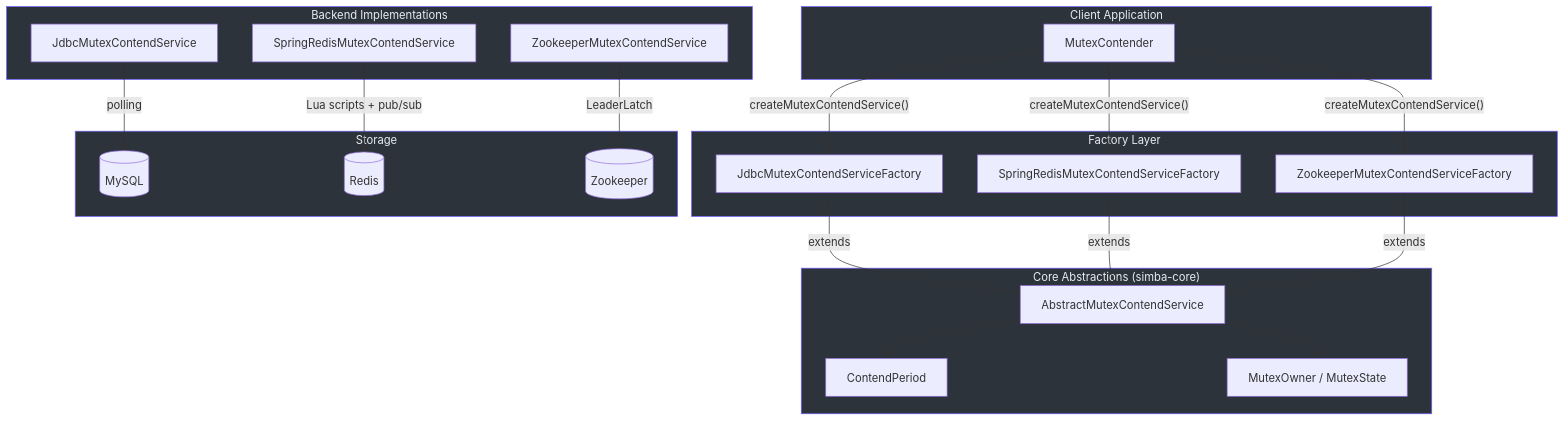
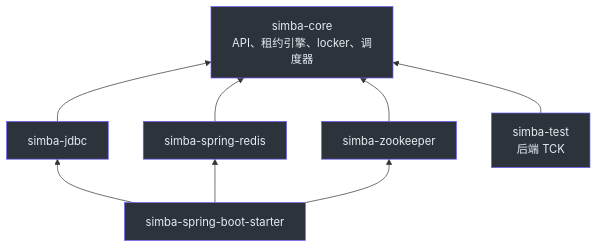
One commit to Ahoo-Wang/Simba changed the first of 2 diagrams in wiki/zh/architecture/index.md. Above: the diagram before and after it, drawn with Mermaid. The commit also changed other lines of this file and 81 other files, not shown here.

````diff
--- a/wiki/zh/architecture/index.md
+++ b/wiki/zh/architecture/index.md
@@ -14,51 +13,22 @@
 ```mermaid
-flowchart TD
-    subgraph Client["Client Application"]
-        C1["MutexContender"]
-    end
-
-    subgraph FactoryLayer["Factory Layer"]
-        F1["JdbcMutexContendServiceFactory"]
-        F2["SpringRedisMutexContendServiceFactory"]
-        F3["ZookeeperMutexContendServiceFactory"]
-    end
-
-    subgraph CoreLayer["Core Abstractions (simba-core)"]
-        AMS["AbstractMutexContendService"]
-        CP["ContendPeriod"]
-        MO["MutexOwner / MutexState"]
-    end
-
-    subgraph BackendLayer["Backend Implementations"]
-        JDBC["JdbcMutexContendService"]
-        REDIS["SpringRedisMutexContendService"]
-        ZK["ZookeeperMutexContendService"]
-    end
-
-    subgraph Storage["Storage"]
-        DB[("MySQL")]
-        RD[("Redis")]
-        ZKSTORE[("Zookeeper")]
-    end
-
-    C1 -->|"createMutexContendService()"| F1
-    C1 -->|"createMutexContendService()"| F2
-    C1 -->|"createMutexContendService()"| F3
-
-    F1 -->|"extends"| AMS
-    F2 -->|"extends"| AMS
-    F3 -->|"extends"| AMS
-
-    AMS --> CP
-    AMS --> MO
-
-    JDBC -->|"polling"| DB
-    REDIS -->|"Lua scripts + pub/sub"| RD
-    ZK -->|"LeaderLatch"| ZKSTORE
-
-    style Client fill:#2d333b,stroke:#6d5dfc,color:#e6edf3
-    style FactoryLayer fill:#2d333b,stroke:#6d5dfc,color:#e6edf3
-    style CoreLayer fill:#2d333b,stroke:#6d5dfc,color:#e6edf3
-    style BackendLayer fill:#2d333b,stroke:#6d5dfc,color:#e6edf3
-    style Storage fill:#2d333b,stroke:#6d5dfc,color:#e6edf3
+graph BT
+    core["simba-core<br>API、租约引擎、locker、调度器"]
+    jdbc["simba-jdbc"]
+    redis["simba-spring-redis"]
+    zk["simba-zookeeper"]
+    starter["simba-spring-boot-starter"]
+    tck["simba-test<br>后端 TCK"]
+    jdbc --> core
+    redis --> core
+    zk --> core
+    starter --> jdbc
+    starter --> redis
+    starter --> zk
+    tck --> core
+    style core fill:#2d333b,stroke:#6d5dfc,color:#e6edf3
+    style jdbc fill:#2d333b,stroke:#6d5dfc,color:#e6edf3
+    style redis fill:#2d333b,stroke:#6d5dfc,color:#e6edf3
+    style zk fill:#2d333b,stroke:#6d5dfc,color:#e6edf3
+    style starter fill:#2d333b,stroke:#6d5dfc,color:#e6edf3
+    style tck fill:#2d333b,stroke:#6d5dfc,color:#e6edf3
 ```
````
